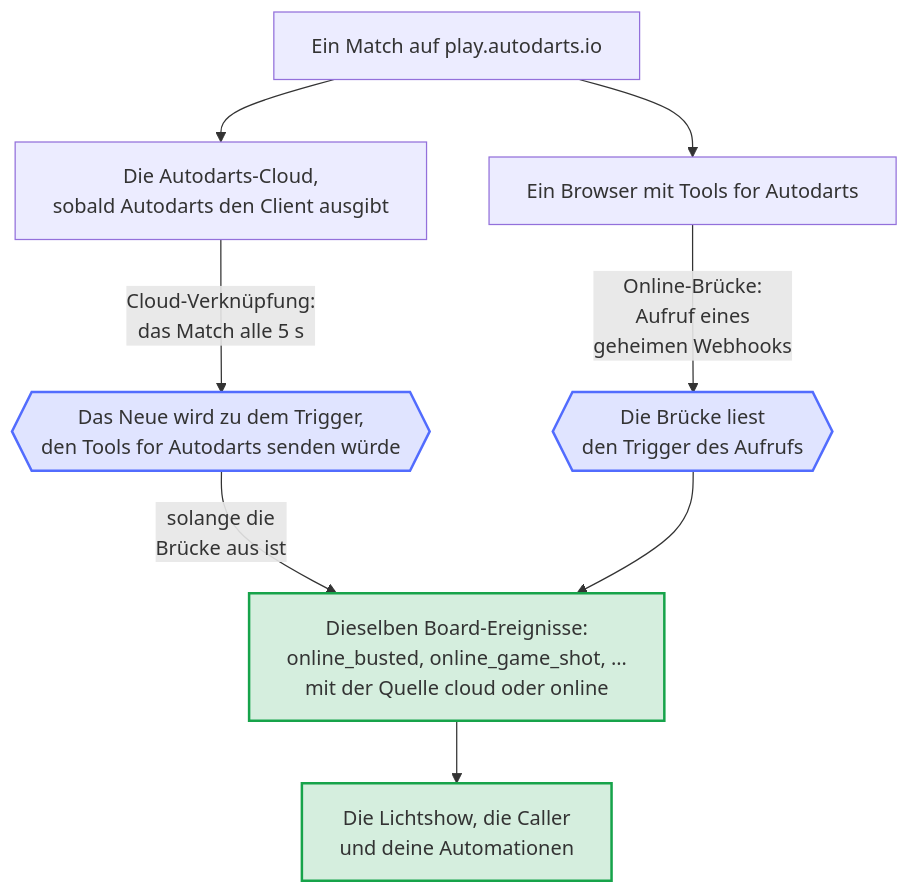
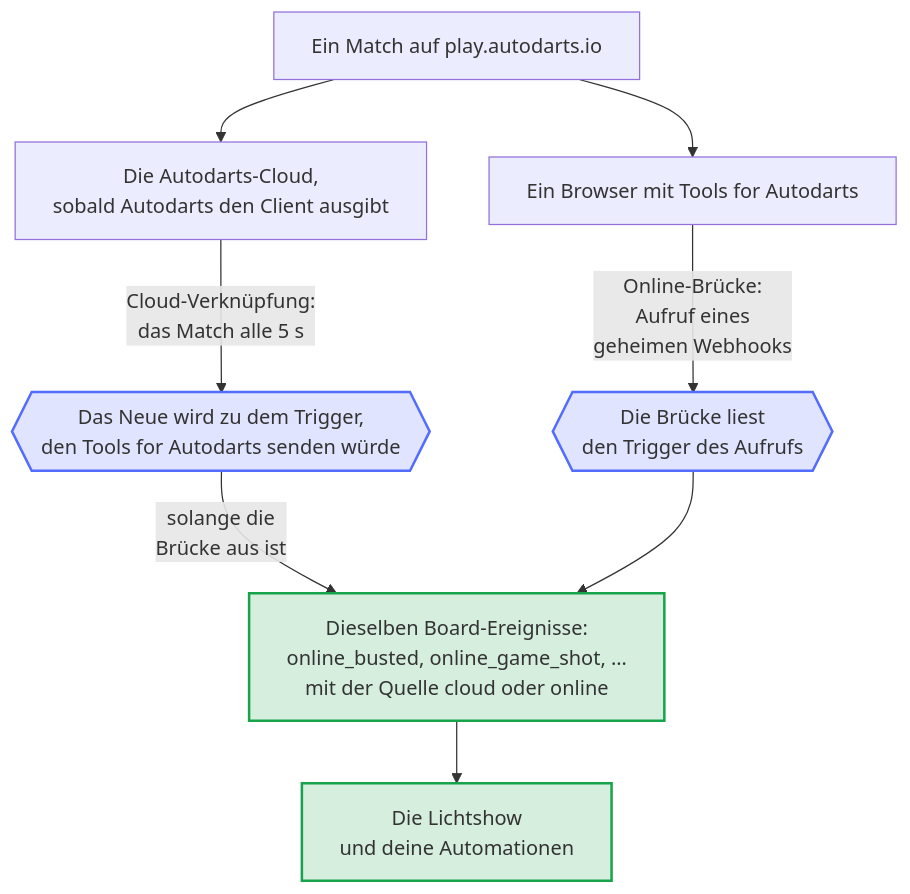
One commit to Dennis-Otto/ha-autodarts changed the diagram in docs/diagrams/online-moments.de.mmd. Above: the diagram before and after it, drawn with Mermaid. The commit also changed 15 other files, not shown here.

```diff
--- a/docs/diagrams/online-moments.de.mmd
+++ b/docs/diagrams/online-moments.de.mmd
@@ -1,21 +1,21 @@
 ---
 config:
   flowchart:
     wrappingWidth: 400
 ---
 flowchart TB
   accTitle: Zwei Wege für die Momente eines Online-Matches
-  accDescr: Ein Match auf play.autodarts.io erreicht Home Assistant auf einem von zwei Wegen. Mit der Cloud-Verknüpfung, sobald Autodarts ihren Client ausgibt, liest die Integration den Stand des Matches alle 5 Sekunden aus der Autodarts-Cloud und macht aus dem Neuen die Trigger von Tools for Autodarts. Mit der Online-Brücke ruft Tools for Autodarts im Browser einen geheimen Webhook von Home Assistant auf. Beides wird zu denselben Board-Ereignissen wie online_busted und online_game_shot, für die Lichtshow, die Caller und deine Automationen. Solange die Brücke an ist, meldet sie allein die Momente.
+  accDescr: Ein Match auf play.autodarts.io erreicht Home Assistant auf einem von zwei Wegen. Mit der Cloud-Verknüpfung, sobald Autodarts ihren Client ausgibt, liest die Integration den Stand des Matches alle 5 Sekunden aus der Autodarts-Cloud und macht aus dem Neuen die Trigger von Tools for Autodarts. Mit der Online-Brücke ruft Tools for Autodarts im Browser einen geheimen Webhook von Home Assistant auf. Beides wird zu denselben Board-Ereignissen wie online_busted und online_game_shot, für die Lichtshow und deine Automationen. Solange die Brücke an ist, meldet sie allein die Momente.
 
   MATCH["Ein Match auf play.autodarts.io"] --> CLOUD["Die Autodarts-Cloud,<br/>sobald Autodarts den Client ausgibt"]
   MATCH --> BROWSER["Ein Browser mit Tools for Autodarts"]
   CLOUD -->|"Cloud-Verknüpfung:<br/>das Match alle 5 s"| MOMENTS{{"Das Neue wird zu dem Trigger,<br/>den Tools for Autodarts senden würde"}}
   BROWSER -->|"Online-Brücke:<br/>Aufruf eines<br/>geheimen Webhooks"| BRIDGE{{"Die Brücke liest<br/>den Trigger des Aufrufs"}}
   MOMENTS -->|"solange die<br/>Brücke aus ist"| EVENTS["Dieselben Board-Ereignisse:<br/>online_busted, online_game_shot, …<br/>mit der Quelle cloud oder online"]
   BRIDGE --> EVENTS
-  EVENTS --> USE["Die Lichtshow, die Caller<br/>und deine Automationen"]
+  EVENTS --> USE["Die Lichtshow<br/>und deine Automationen"]
 
   classDef bot fill:#526cfe2e,stroke:#526cfe,stroke-width:2px
   classDef done fill:#16a34a2e,stroke:#16a34a,stroke-width:2px
   class MOMENTS,BRIDGE bot
   class EVENTS,USE done
```
